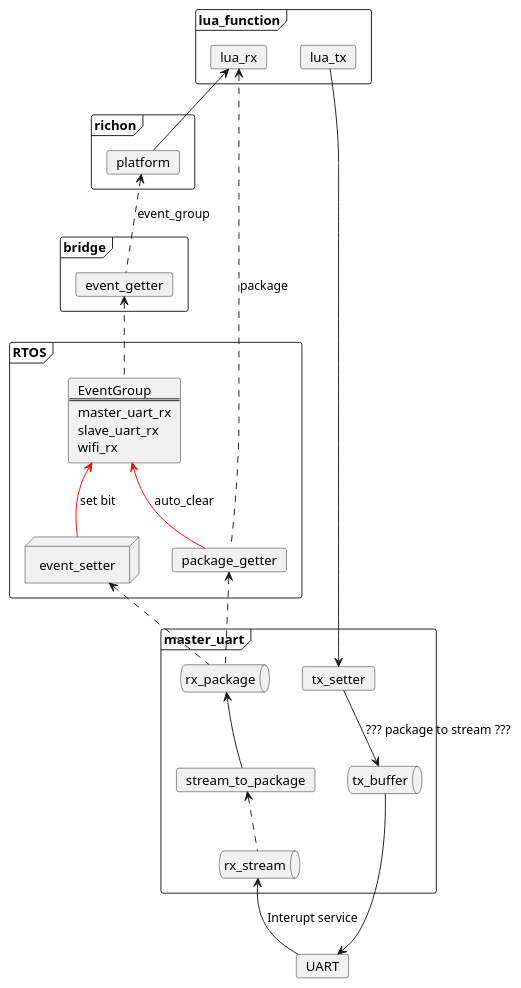
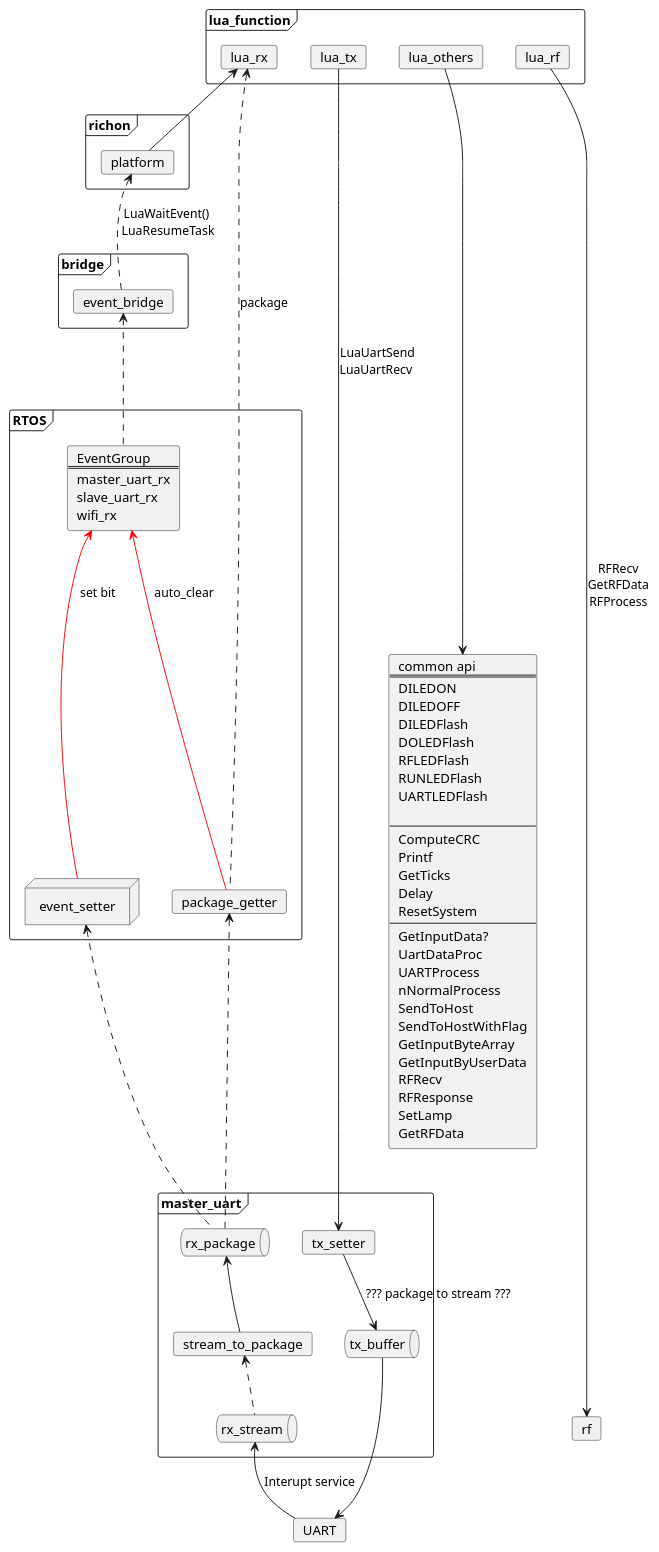
One commit to voicevon/gobot_front changed the diagram in esp32_arm/src/MyLibs/app_base/lua_base/docs/event_group.puml. Above: the diagram before and after it, drawn with PlantUML. The commit also changed 4 other files, not shown here.

```diff
--- a/esp32_arm/src/MyLibs/app_base/lua_base/docs/event_group.puml
+++ b/esp32_arm/src/MyLibs/app_base/lua_base/docs/event_group.puml
@@ -1,59 +1,95 @@
 @startuml
 
 
 frame lua_function{
     card lua_rx
     card lua_tx
+    card lua_others
+    card lua_rf
 }
-
-
 
 frame richon{
     card platform
 }
 
-lua_rx<-- platform
-
-
+lua_rx  <-- platform
 frame bridge{
-    card event_getter
+    card event_bridge
 }
 
 frame RTOS{
     card package_getter
     node event_setter
     card EventGroup[
     EventGroup
     ===
     master_uart_rx
     slave_uart_rx
     wifi_rx
     ]
 }
-platform <-[dashed]- event_getter:  event_group
-event_getter <-[dashed]- EventGroup
+platform <-[dashed]- event_bridge:  LuaWaitEvent() \nLuaResumeTask
+event_bridge <-[dashed]- EventGroup
 
 frame master_uart{
-
     card tx_setter
     queue rx_stream
     queue tx_buffer
     card stream_to_package
     queue rx_package
 
     event_setter <-[dashed]- rx_package
 }
+
+card common_api[
+common api
+===
+DILEDON
+DILEDOFF
+DILEDFlash
+DOLEDFlash
+RFLEDFlash
+RUNLEDFlash
+UARTLEDFlash
+
+---
+ComputeCRC
+Printf
+GetTicks
+Delay
+ResetSystem
+---
+GetInputData?
+UartDataProc
+UARTProcess
+nNormalProcess
+SendToHost
+SendToHostWithFlag
+GetInputByteArray
+GetInputByUserData
+RFRecv
+RFResponse
+SetLamp
+GetRFData
+]
+
+
 card UART
 EventGroup <-[#red]- package_getter: auto_clear
 EventGroup <-[#red]- event_setter : set bit
 rx_stream <-- UART : Interupt service
 lua_rx <-[dashed]- package_getter : package
 package_getter <-[dashed]- rx_package
 rx_package <-- stream_to_package
 stream_to_package <-[dashed]- rx_stream
 
-lua_tx --> tx_setter
+lua_tx --> tx_setter : LuaUartSend \nLuaUartRecv  \n
 tx_setter --> tx_buffer : ??? package to stream ???
 tx_buffer ---> UART
 
+card rf
+lua_rf --------> rf : RFRecv \nGetRFData \nRFProcess \n
+
+lua_others -----> common_api
+
 @enduml
```
